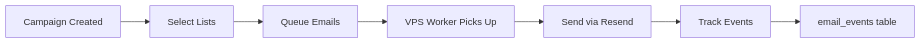
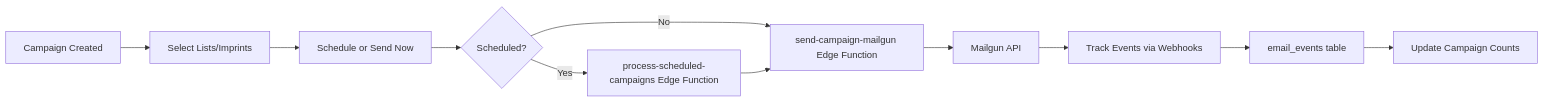
Before and after one commit to Centervert/Published_ERP: the tenth of 13 diagrams in docs/erd.md, drawn with Mermaid. The commit also changed other lines of this file and 1 other file, not shown here.

````diff
--- a/docs/erd.md
+++ b/docs/erd.md
@@ -346,9 +791,13 @@
 ```mermaid
 flowchart LR
-    A[Campaign Created] --> B[Select Lists]
-    B --> C[Queue Emails]
-    C --> D[VPS Worker Picks Up]
-    D --> E[Send via Resend]
-    E --> F[Track Events]
-    F --> G[email_events table]
+    A[Campaign Created] --> B[Select Lists/Imprints]
+    B --> C[Schedule or Send Now]
+    C --> D{Scheduled?}
+    D -->|Yes| E[process-scheduled-campaigns Edge Function]
+    D -->|No| F[send-campaign-mailgun Edge Function]
+    E --> F
+    F --> G[Mailgun API]
+    G --> H[Track Events via Webhooks]
+    H --> I[email_events table]
+    I --> J[Update Campaign Counts]
 ```
````
